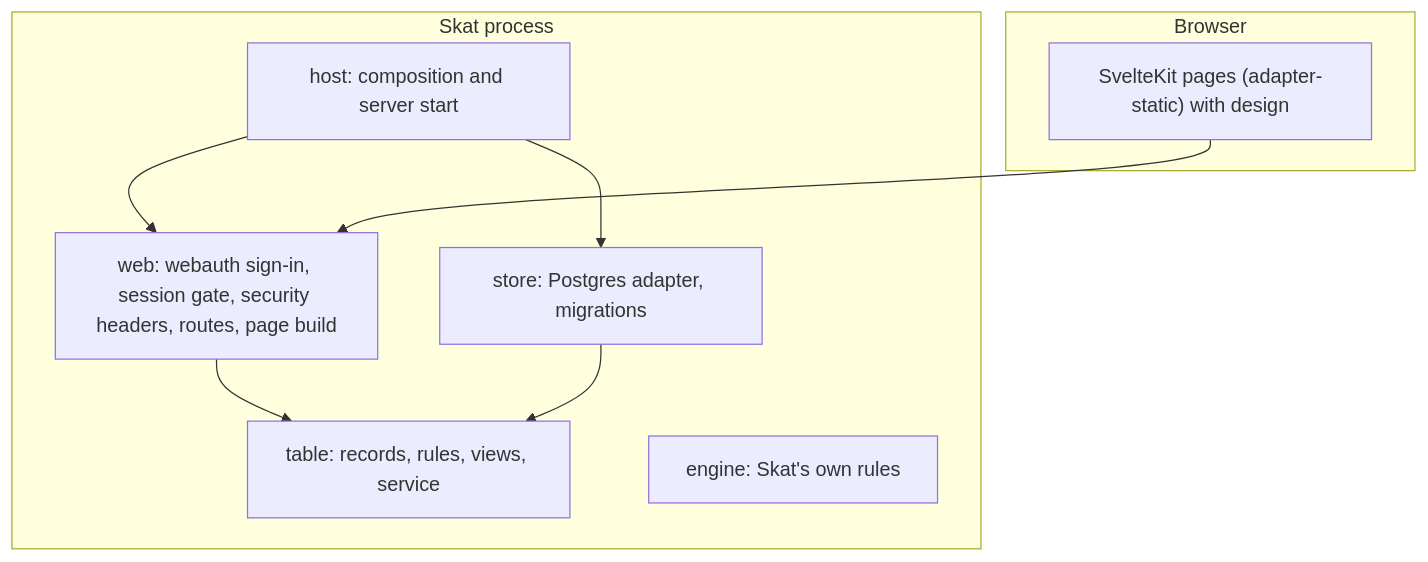
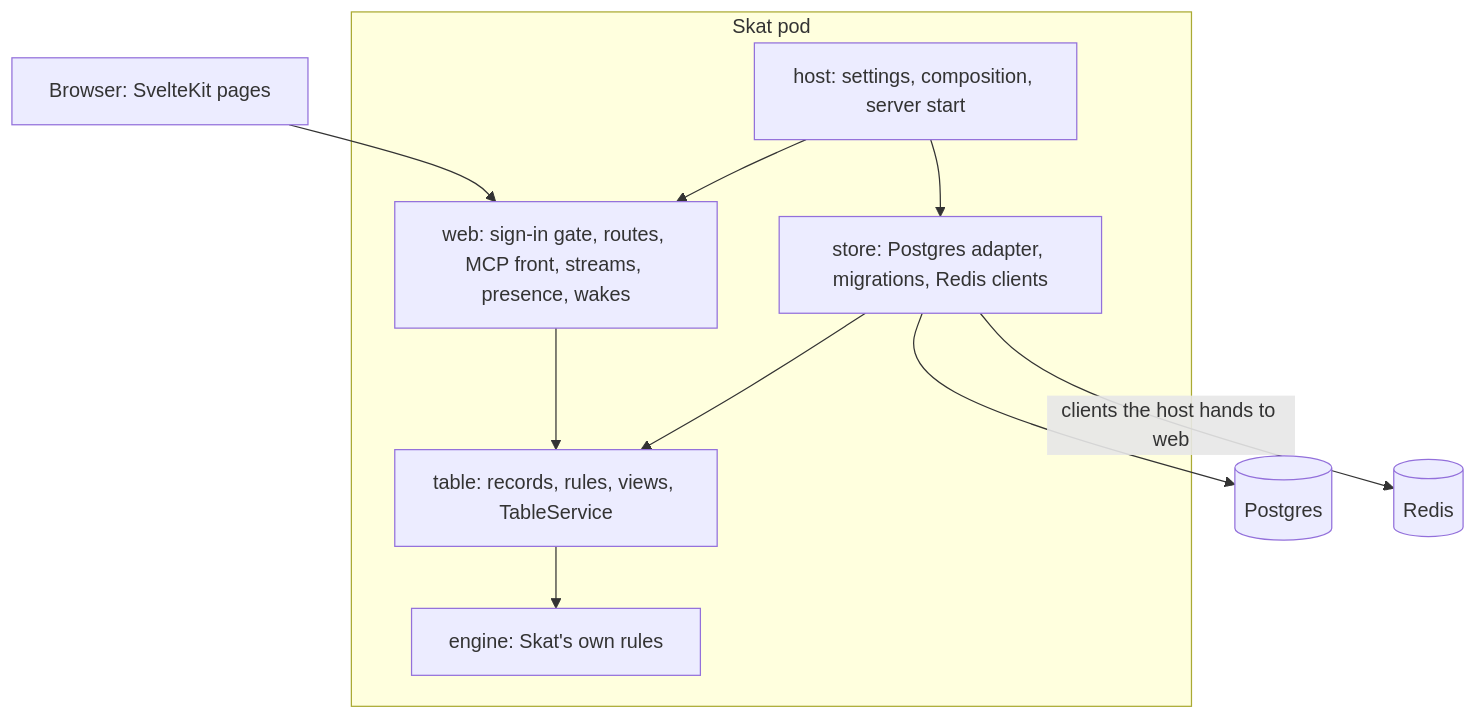
One commit to overnightworks/skat changed the second of 3 diagrams in docs/ARCHITECTURE.md. Above: the diagram before and after it, drawn with Mermaid. The commit also changed other lines of this file and 2 other files, not shown here.

First line of the commit message:
The architecture overview is a mental model and the README says what Skat is today

````diff
--- a/docs/ARCHITECTURE.md
+++ b/docs/ARCHITECTURE.md
@@ -21,18 +29,18 @@
 ```mermaid
 flowchart TB
-    subgraph browser["Browser"]
-        pages["SvelteKit pages (adapter-static) with design"]
-    end
-    subgraph process["Skat process"]
-        host["host: composition and server start"]
-        web["web: webauth sign-in, session gate, security headers, routes, page build"]
-        store["store: Postgres adapter, migrations"]
-        table["table: records, rules, views, service"]
+    pages["Browser: SvelteKit pages"] --> web
+    subgraph pod["Skat pod"]
+        host["host: settings, composition, server start"]
+        web["web: sign-in gate, routes, MCP front, streams, presence, wakes"]
+        store["store: Postgres adapter, migrations, Redis clients"]
+        table["table: records, rules, views, TableService"]
         engine["engine: Skat's own rules"]
         host --> web
         host --> store
         web --> table
         store --> table
+        table --> engine
     end
-    pages --> web
+    store --> postgres[("Postgres")]
+    store -->|"clients the host hands to web"| redis[("Redis")]
 ```
````
